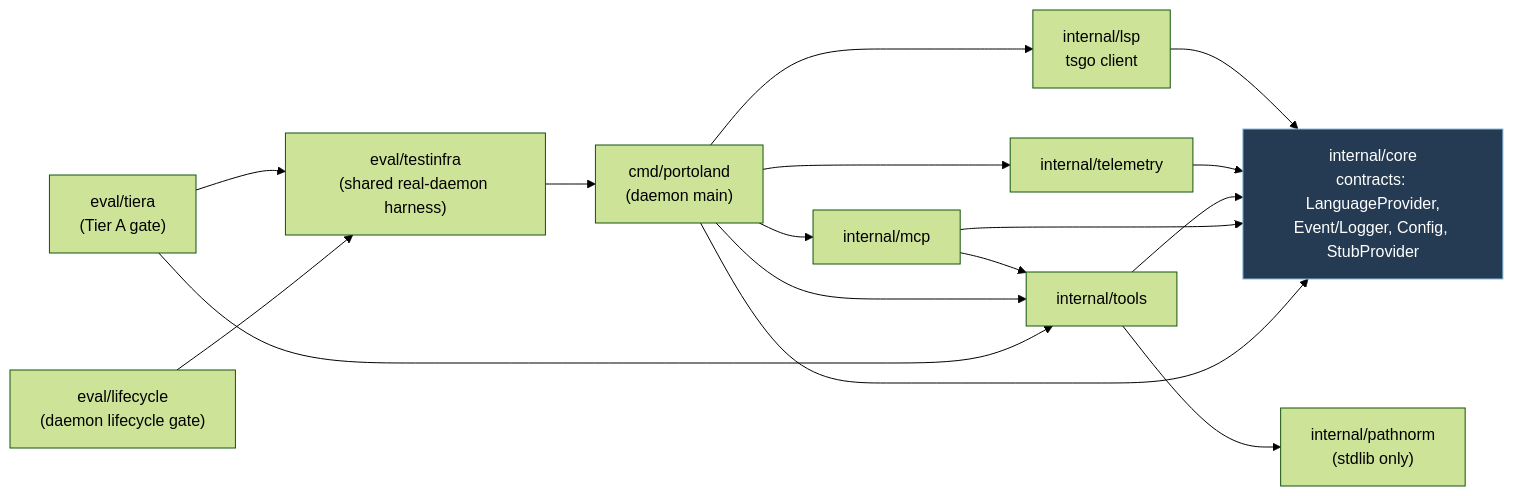
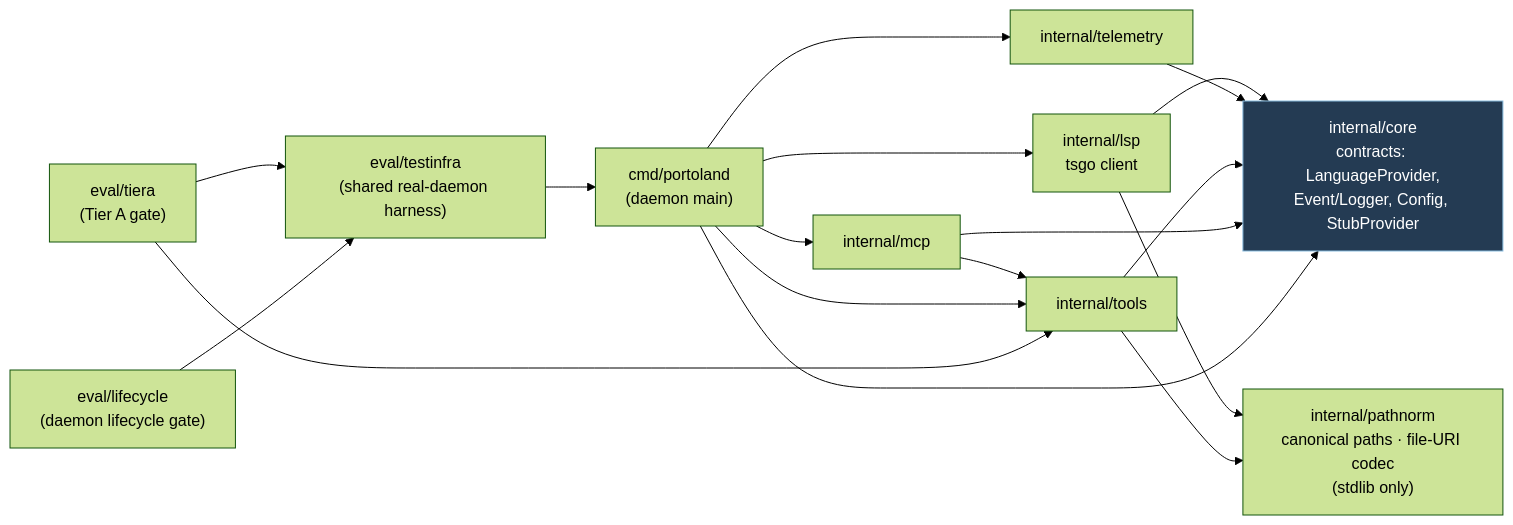
One commit to skflowne/portolan changed the fourth of 6 diagrams in ARCHITECTURE.md. Above: the diagram before and after it, drawn with Mermaid (forest theme). The commit also changed other lines of this file and 5 other files, not shown here.

Commit message:
Adopt canonical LSP path identity

````diff
--- a/ARCHITECTURE.md
+++ b/ARCHITECTURE.md
@@ -213,32 +214,33 @@
 ```mermaid
 flowchart LR
     core["internal/core<br/>contracts: LanguageProvider,<br/>Event/Logger, Config, StubProvider"]
     lsp["internal/lsp<br/>tsgo client"]
-    path["internal/pathnorm<br/>(stdlib only)"]
+    path["internal/pathnorm<br/>canonical paths · file-URI codec<br/>(stdlib only)"]
     tel["internal/telemetry"]
     tools["internal/tools"]
     mcp["internal/mcp"]
     cmd["cmd/portoland<br/>(daemon main)"]
     eval["eval/tiera<br/>(Tier A gate)"]
     lifecycle["eval/lifecycle<br/>(daemon lifecycle gate)"]
     testinfra["eval/testinfra<br/>(shared real-daemon harness)"]
 
     lsp --> core
+    lsp --> path
     tel --> core
     tools --> core
     tools --> path
     mcp --> core
     mcp --> tools
     cmd --> core
     cmd --> lsp
     cmd --> tel
     cmd --> mcp
     cmd --> tools
     eval --> tools
     eval --> testinfra
     lifecycle --> testinfra
     testinfra --> cmd
 
     classDef center fill:#243b53,stroke:#8bd,color:#fff;
     class core center;
 ```
````
